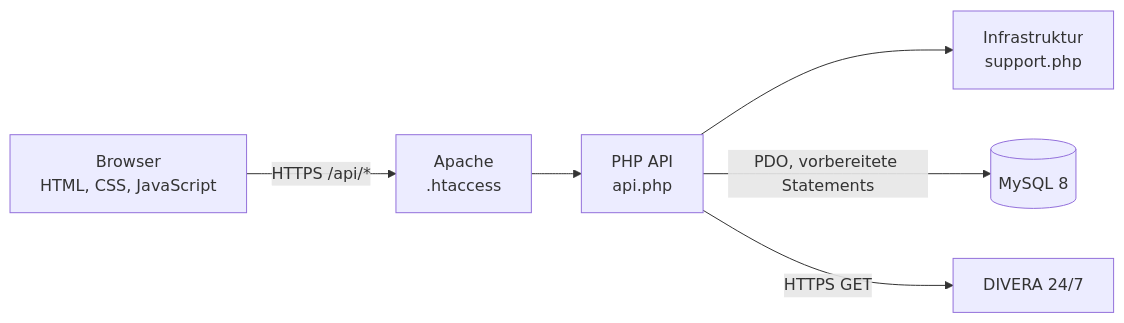
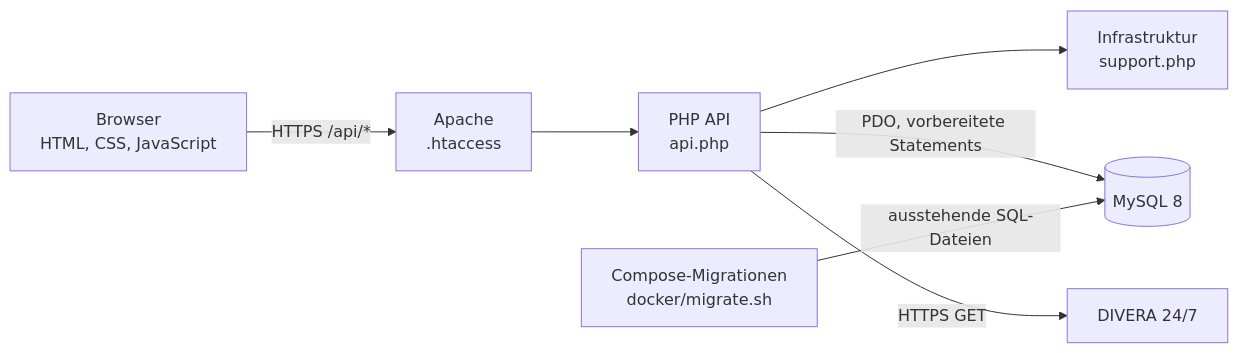
One commit to heoelri/ebmanager changed the diagram in docs/ARCHITEKTUR.md. Above: the diagram before and after it, drawn with Mermaid. The commit also changed other lines of this file and 18 other files, not shown here.

````diff
--- a/docs/ARCHITEKTUR.md
+++ b/docs/ARCHITEKTUR.md
@@ -12,15 +12,17 @@
 ```mermaid
 flowchart LR
     Browser[Browser<br>HTML, CSS, JavaScript]
     Apache[Apache<br>.htaccess]
     API[PHP API<br>api.php]
     Support[Infrastruktur<br>support.php]
+    Migrate[Compose-Migrationen<br>docker/migrate.sh]
     DB[(MySQL 8)]
     Divera[DIVERA 24/7]
 
     Browser -->|HTTPS /api/*| Apache
     Apache --> API
     API --> Support
     API -->|PDO, vorbereitete Statements| DB
+    Migrate -->|ausstehende SQL-Dateien| DB
     API -->|HTTPS GET| Divera
 ```
````
